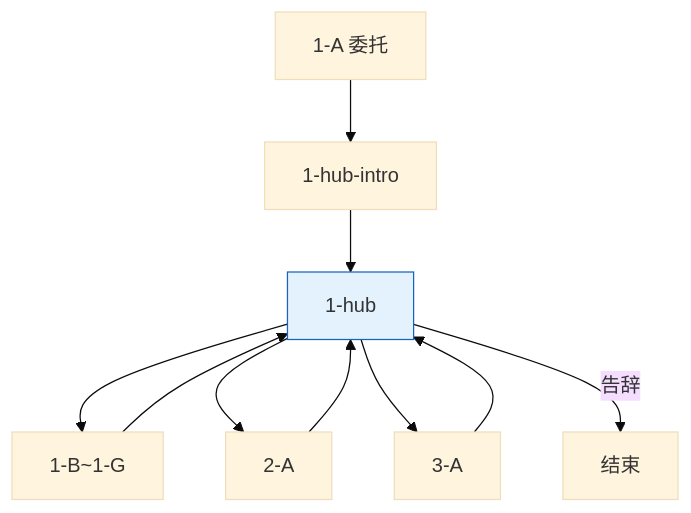
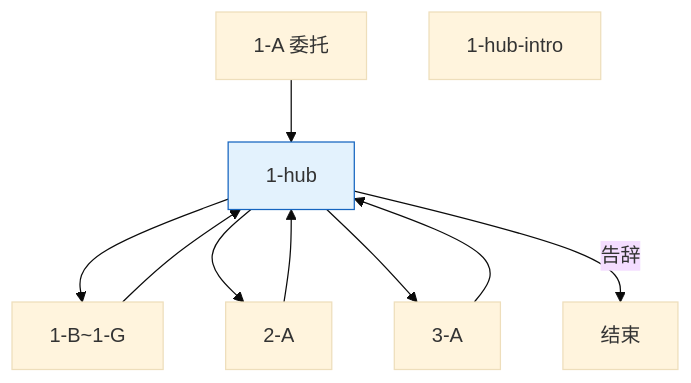
One commit to minnnpannn9585/XiaoHuoRen_EggRescue changed the diagram in MissingEggDoc-main/docs/characters/淑芬-对话脚本-树状.md. Above: the diagram before and after it, drawn with Mermaid (base theme). The commit also changed other lines of this file and 138 other files, not shown here.

````diff
--- a/MissingEggDoc-main/docs/characters/淑芬-对话脚本-树状.md
+++ b/MissingEggDoc-main/docs/characters/淑芬-对话脚本-树状.md
@@ -22,22 +22,21 @@
 ```mermaid
 flowchart TD
   A["1-A 委托"]
   INTRO["1-hub-intro"]
   HUB["1-hub"]
   B["1-B~1-G"]
   RA["2-A"]
   TA["3-A"]
 
-  A --> INTRO
-  INTRO --> HUB
+  A --> HUB
   HUB --> B
   HUB --> RA
   HUB --> TA
   B --> HUB
   RA --> HUB
   TA --> HUB
   HUB -->|告辞| X[结束]
 
   classDef hub fill:#e3f2fd,stroke:#1565c0
   class HUB hub
 ```
````
